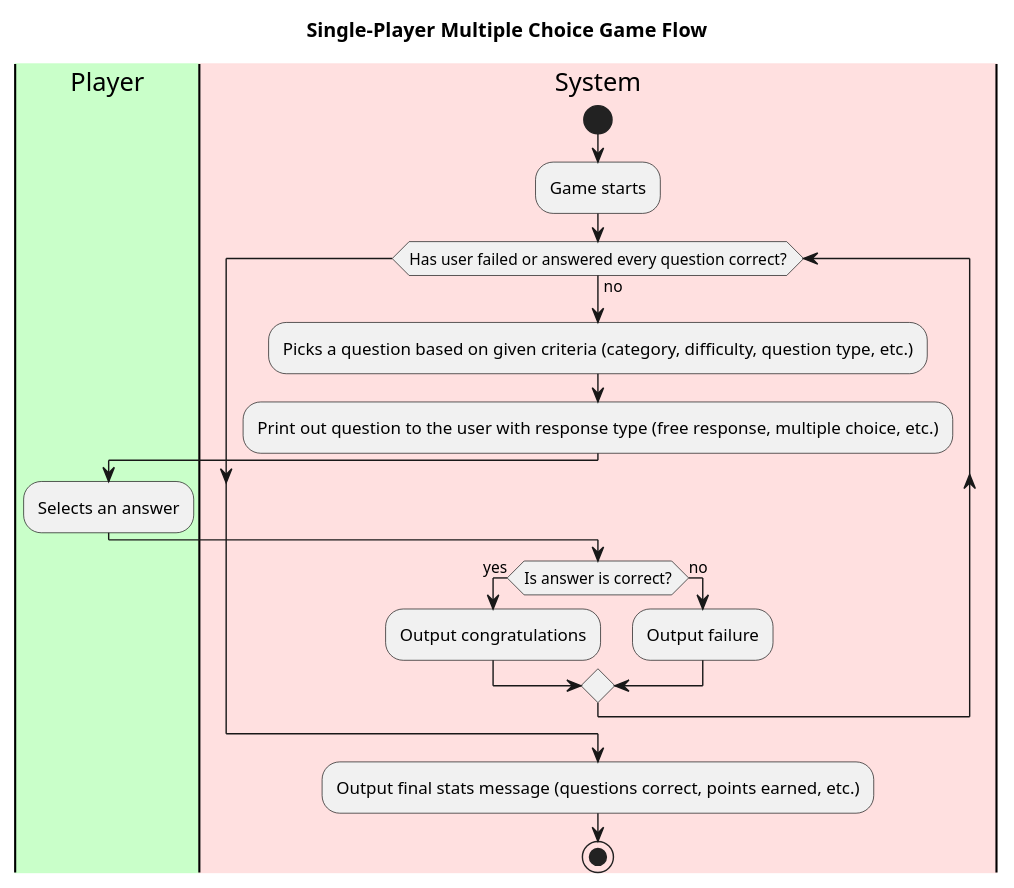
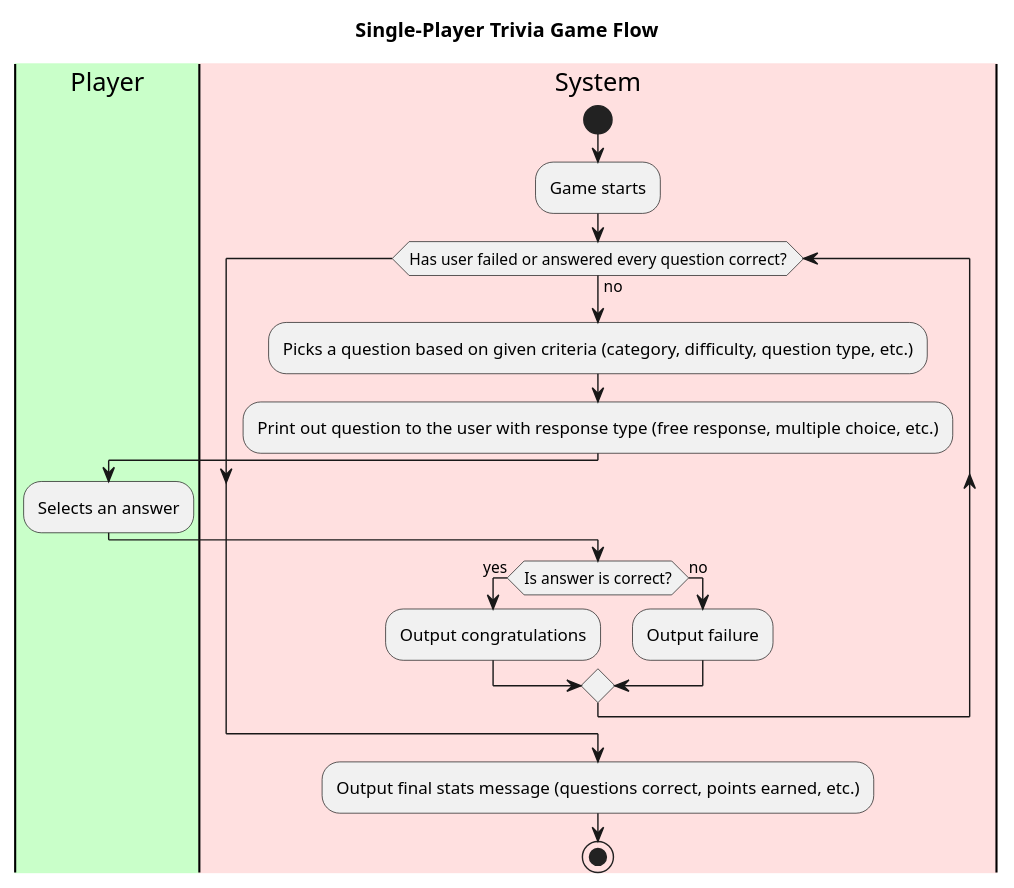
The first of 2 diagrams in doc/use-cases/use-cases-brief.md (aczar09/Trivia-Game-Android), drawn with PlantUML before and after one commit. The commit also changed 7 other files, not shown here.

Commit message:
Fixed use case diagram

````diff
--- a/doc/use-cases/use-cases-brief.md
+++ b/doc/use-cases/use-cases-brief.md
@@ -94,29 +94,29 @@
 ```plantuml
 @startuml
 
 scale max 600 height
-title Single-Player Multiple Choice Game Flow
+title Single-Player Trivia Game Flow
 'define swimlanes
 |#technology|Player|
 |#implementation|System|
 |System|
 start
 :Game starts;
 while(Has user failed or answered every question correct?) is (no)
 :Picks a question based on given criteria (category, difficulty, question type, etc.);
 :Print out question to the user with response type (free response, multiple choice, etc.);
 |Player|
 :Selects an answer;
 |System|
 if (Is answer is correct?) then (yes)
 :Output congratulations;
 else (no)
 :Output failure;
 endif
 endwhile
 :Output final stats message (questions correct, points earned, etc.);
 Stop
 
 @enduml
 
 ```
````
